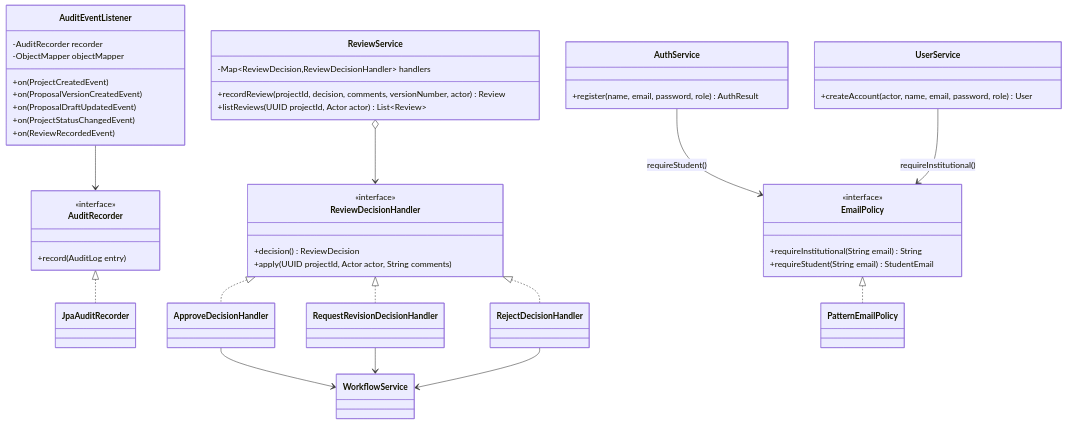
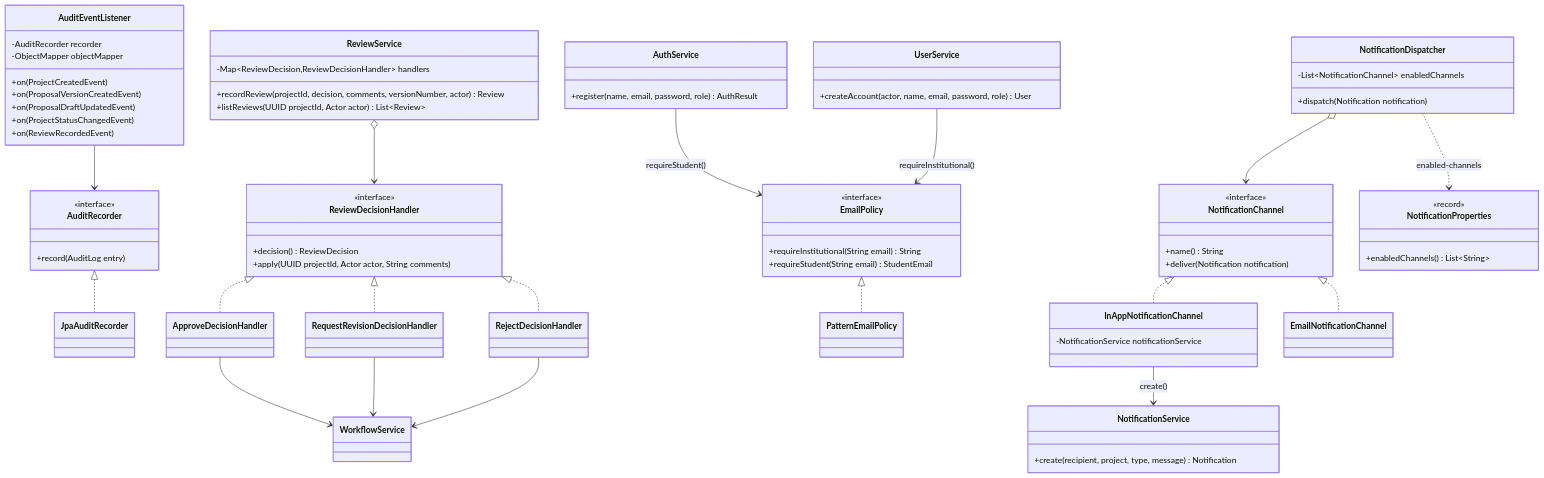
Before and after one commit to udita-0707/Prastaav: diagram 11 of 11 in docs/diagrams.md, drawn with Mermaid. The commit also changed other lines of this file and 4 other files, not shown here.

Commit message:
docs(notification): notification channels and dispatcher

````diff
--- a/docs/diagrams.md
+++ b/docs/diagrams.md
@@ -550,54 +550,79 @@
 ```mermaid
 classDiagram
   class AuditEventListener {
     -AuditRecorder recorder
     -ObjectMapper objectMapper
     +on(ProjectCreatedEvent)
     +on(ProposalVersionCreatedEvent)
     +on(ProposalDraftUpdatedEvent)
     +on(ProjectStatusChangedEvent)
     +on(ReviewRecordedEvent)
   }
   class AuditRecorder {
     <<interface>>
     +record(AuditLog entry)
   }
   class JpaAuditRecorder
   AuditRecorder <|.. JpaAuditRecorder
   AuditEventListener --> AuditRecorder
   class ReviewDecisionHandler {
     <<interface>>
     +decision() ReviewDecision
     +apply(UUID projectId, Actor actor, String comments)
   }
   class ApproveDecisionHandler
   class RequestRevisionDecisionHandler
   class RejectDecisionHandler
   ReviewDecisionHandler <|.. ApproveDecisionHandler
   ReviewDecisionHandler <|.. RequestRevisionDecisionHandler
   ReviewDecisionHandler <|.. RejectDecisionHandler
   class ReviewService {
     -Map~ReviewDecision,ReviewDecisionHandler~ handlers
     +recordReview(projectId, decision, comments, versionNumber, actor) Review
     +listReviews(UUID projectId, Actor actor) List~Review~
   }
   ReviewService o--> ReviewDecisionHandler
   ApproveDecisionHandler --> WorkflowService
   RequestRevisionDecisionHandler --> WorkflowService
   RejectDecisionHandler --> WorkflowService
   class EmailPolicy {
     <<interface>>
     +requireInstitutional(String email) String
     +requireStudent(String email) StudentEmail
   }
   class PatternEmailPolicy
   EmailPolicy <|.. PatternEmailPolicy
   class AuthService {
     +register(name, email, password, role) AuthResult
   }
   class UserService {
     +createAccount(actor, name, email, password, role) User
   }
   AuthService --> EmailPolicy : requireStudent()
   UserService --> EmailPolicy : requireInstitutional()
+  class NotificationChannel {
+    <<interface>>
+    +name() String
+    +deliver(Notification notification)
+  }
+  class InAppNotificationChannel {
+    -NotificationService notificationService
+  }
+  class EmailNotificationChannel
+  NotificationChannel <|.. InAppNotificationChannel
+  NotificationChannel <|.. EmailNotificationChannel
+  class NotificationDispatcher {
+    -List~NotificationChannel~ enabledChannels
+    +dispatch(Notification notification)
+  }
+  class NotificationProperties {
+    <<record>>
+    +enabledChannels() List~String~
+  }
+  NotificationDispatcher o--> NotificationChannel
+  NotificationDispatcher ..> NotificationProperties : enabled-channels
+  class NotificationService {
+    +create(recipient, project, type, message) Notification
+  }
+  InAppNotificationChannel --> NotificationService : create()
 ```
````
